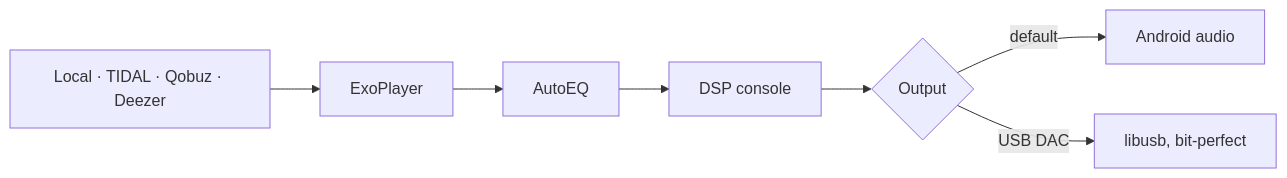
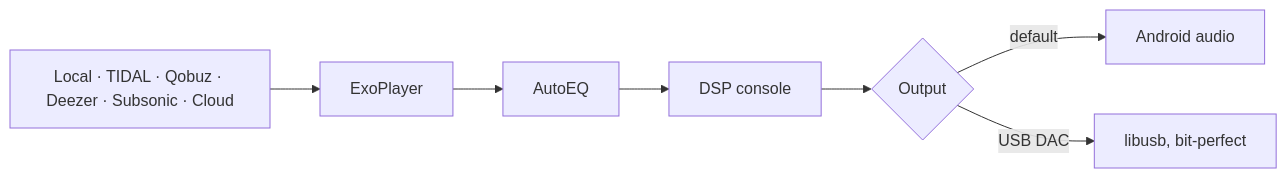
The diagram in README.md (tryptz/Tryptify), drawn with Mermaid before and after one commit. The commit also changed other lines of this file and 4 other files, not shown here.

````diff
--- a/README.md
+++ b/README.md
@@ -100,9 +104,9 @@
 ```mermaid
 flowchart LR
-    S["Local · TIDAL · Qobuz · Deezer"] --> X["ExoPlayer"]
+    S["Local · TIDAL · Qobuz · Deezer · Subsonic · Cloud"] --> X["ExoPlayer"]
     X --> EQ["AutoEQ"]
     EQ --> M["DSP console"]
     M --> O{"Output"}
     O -->|default| A["Android audio"]
     O -->|USB DAC| U["libusb, bit-perfect"]
 ```
````
